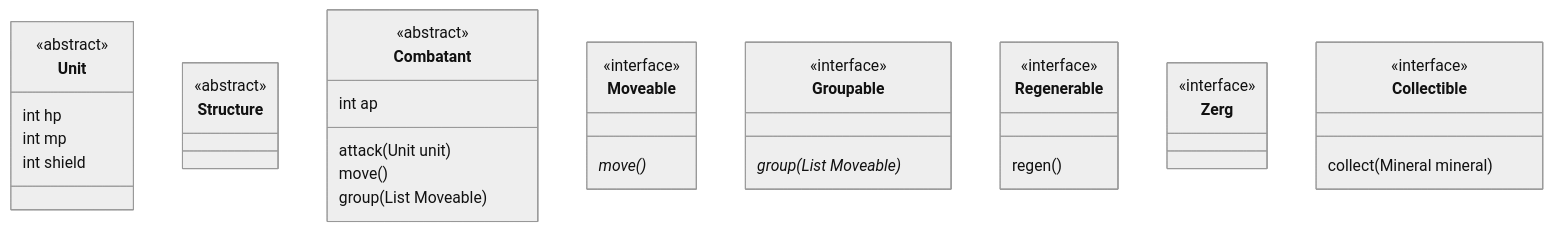
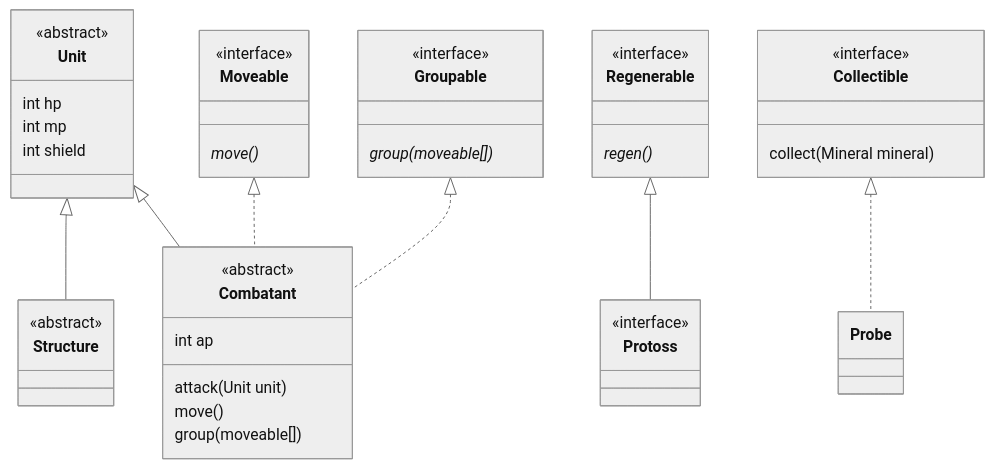
One commit to choiexe1/local changed the third of 3 diagrams in Daily/2025-03-20.md. Above: the diagram before and after it, drawn with Mermaid (neutral theme). The commit also changed other lines of this file and 1 other file, not shown here.

````diff
--- a/Daily/2025-03-20.md
+++ b/Daily/2025-03-20.md
@@ -186,45 +190,53 @@
 ```mermaid
 classDiagram
 class Unit {
 	<<abstract>>
 	int hp
 	int mp
 	int shield
 }
 
 class Structure {
 	<<abstract>>
 }
 
 class Combatant {
 	<<abstract>>
 	int ap
 	attack(Unit unit)
 	move()
-	group(List Moveable)
+	group(moveable[])
 }
 
 class Moveable {
 	<<interface>>
 	move()*
 }
 
 class Groupable {
 	<<interface>>
-	group(List Moveable)*
+	group(moveable[])*
 }
 
 class Regenerable {
 	<<interface>>
-	regen()
+	regen()*
 }
 
-class Zerg {
+class Protoss {
 	<<interface>>
 }
 
 class Collectible {
 	<<interface>>
 	collect(Mineral mineral)
 }
+
+Unit <|-- Structure
+Unit <|-- Combatant
+Moveable <|.. Combatant
+Groupable <|.. Combatant
+Regenerable <|-- Protoss
+Collectible <|.. Probe
+
 ```
````
